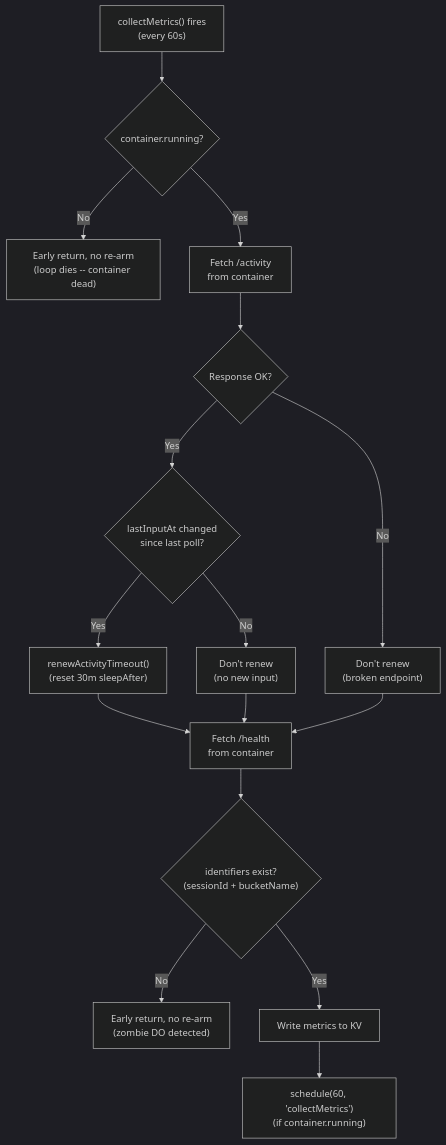
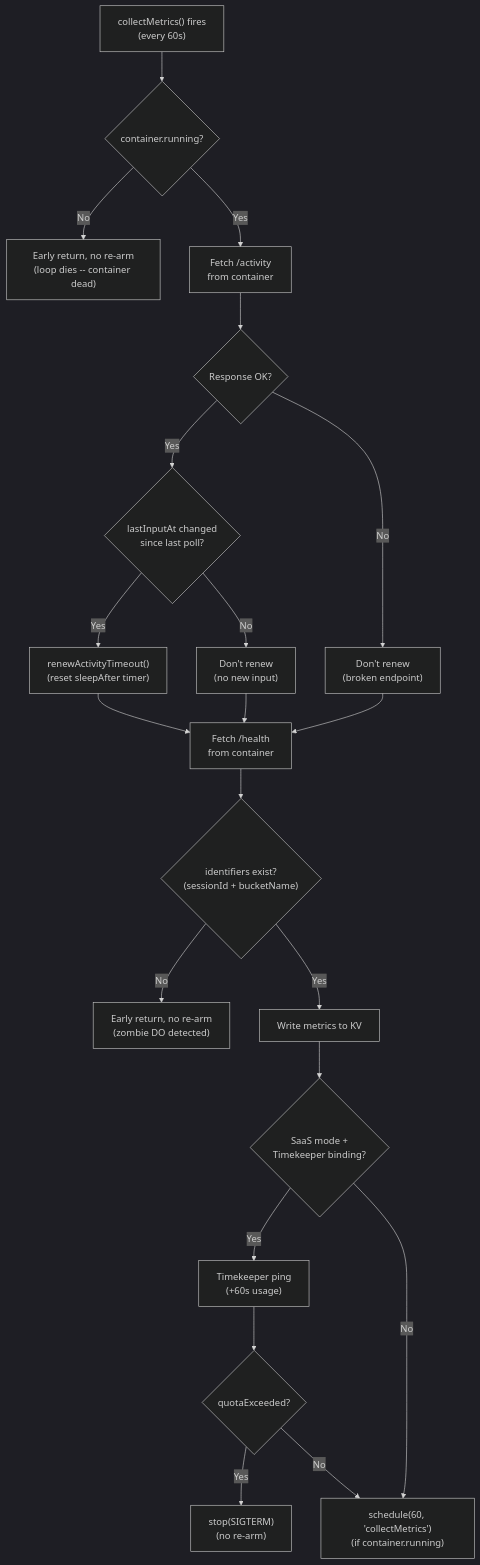
The second of 14 diagrams in TECHNICAL.md (sawyelin1011/codeflare), drawn with Mermaid (dark theme) before and after one commit. The commit also changed other lines of this file and 206 other files, not shown here.

````diff
--- a/TECHNICAL.md
+++ b/TECHNICAL.md
@@ -129,18 +163,23 @@
 ```mermaid
 flowchart TD
     CM["collectMetrics() fires<br/>(every 60s)"] --> CRunning{"container.running?"}
     CRunning -->|No| Exit1["Early return, no re-arm<br/>(loop dies -- container dead)"]
     CRunning -->|Yes| FetchAct["Fetch /activity<br/>from container"]
     FetchAct --> ActOK{"Response OK?"}
     ActOK -->|No| NoRenewErr["Don't renew<br/>(broken endpoint)"]
     ActOK -->|Yes| InputChanged{"lastInputAt changed<br/>since last poll?"}
-    InputChanged -->|Yes| Renew["renewActivityTimeout()<br/>(reset 30m sleepAfter)"]
+    InputChanged -->|Yes| Renew["renewActivityTimeout()<br/>(reset sleepAfter timer)"]
     InputChanged -->|No| NoRenew["Don't renew<br/>(no new input)"]
     Renew --> FetchHealth["Fetch /health<br/>from container"]
     NoRenew --> FetchHealth
     NoRenewErr --> FetchHealth
     FetchHealth --> IDs{"identifiers exist?<br/>(sessionId + bucketName)"}
     IDs -->|No| Exit2["Early return, no re-arm<br/>(zombie DO detected)"]
     IDs -->|Yes| WriteKV["Write metrics to KV"]
-    WriteKV --> ReArm["schedule(60, 'collectMetrics')<br/>(if container.running)"]
+    WriteKV --> TK{"SaaS mode +<br/>Timekeeper binding?"}
+    TK -->|Yes| Ping["Timekeeper ping<br/>(+60s usage)"]
+    Ping --> QuotaCheck{"quotaExceeded?"}
+    QuotaCheck -->|Yes| Stop["stop(SIGTERM)<br/>(no re-arm)"]
+    QuotaCheck -->|No| ReArm["schedule(60, 'collectMetrics')<br/>(if container.running)"]
+    TK -->|No| ReArm
 ```
````
